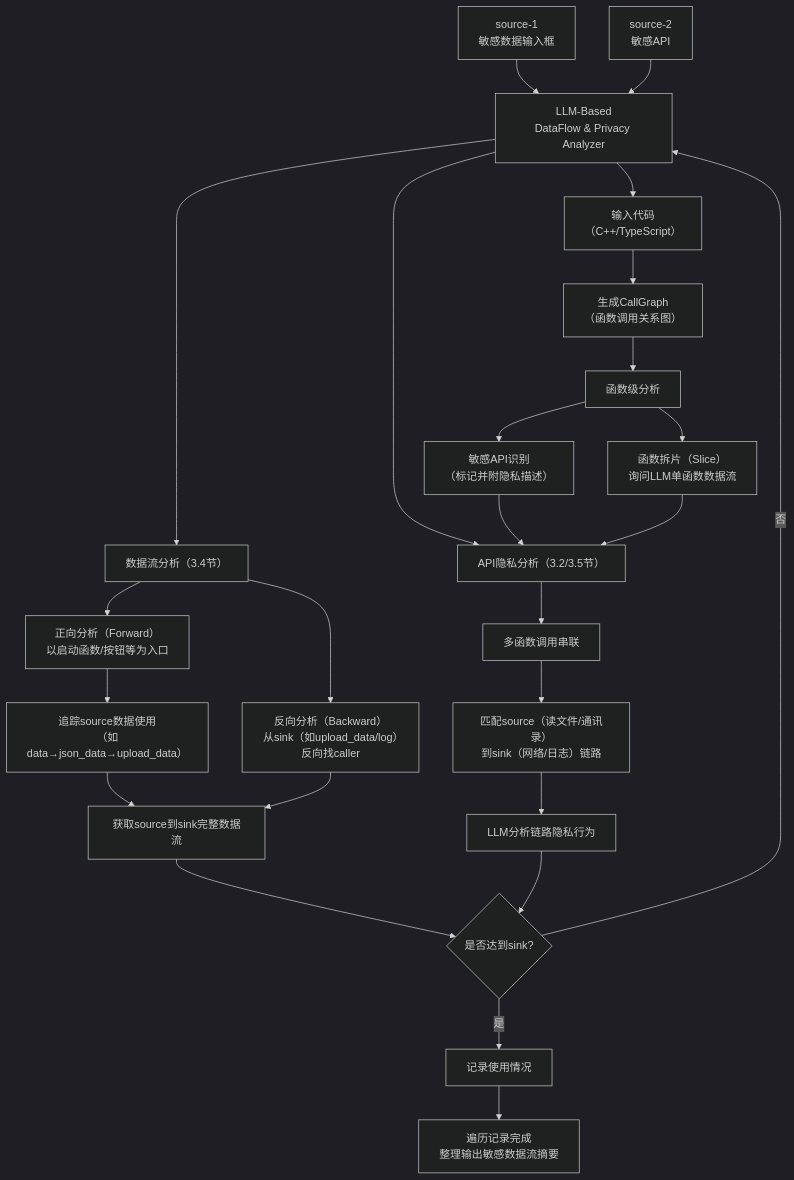
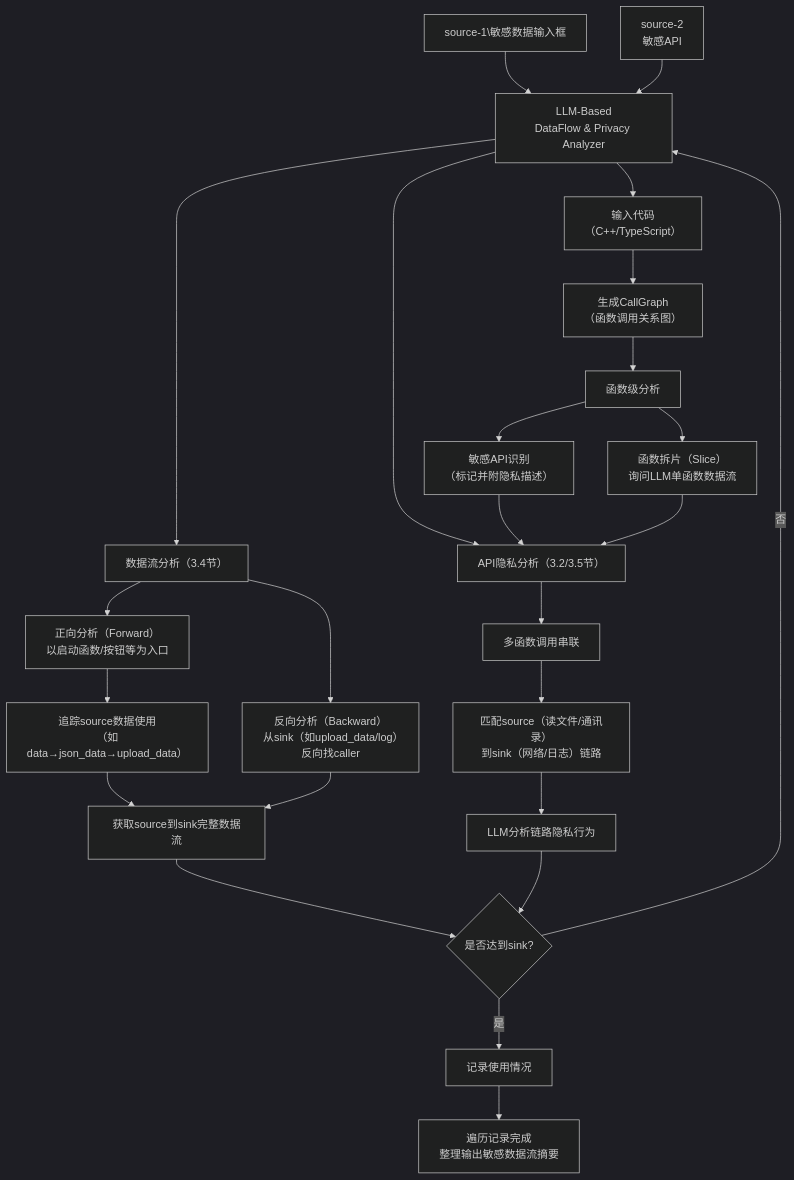
One commit to WriteStone/iodraw-files changed the diagram in all/未命名.md. Above: the diagram before and after it, drawn with Mermaid (dark theme).

Commit message:
2025-09-08 20:34:38 update

````diff
--- a/all/未命名.md
+++ b/all/未命名.md
@@ -1,33 +1,33 @@
 ```mermaid
 flowchart TD
     %% 左侧数据源
-    A[source-1\n敏感数据输入框\n] --> B[LLM-Based\nDataFlow & Privacy Analyzer]
+    A[source-1\敏感数据输入框\n] --> B[LLM-Based\nDataFlow & Privacy Analyzer]
     C[source-2\n敏感API\n] --> B
     
     %% 分析器核心处理
     B --> D[输入代码\n（C++/TypeScript）]
     D --> E[生成CallGraph\n（函数调用关系图）]
     E --> F[函数级分析]
     F --> G1[敏感API识别\n（标记并附隐私描述）]
     F --> G2[函数拆片（Slice）\n询问LLM单函数数据流]
     
     %% 数据流分析分支（3.4节）
     B --> H[数据流分析（3.4节）]
     H --> H1[正向分析（Forward）\n以启动函数/按钮等为入口]
     H1 --> H2[追踪source数据使用\n（如data→json_data→upload_data）]
     H --> H3[反向分析（Backward）\n从sink（如upload_data/log）反向找caller]
     H2 & H3 --> H4[获取source到sink完整数据流]
     
     %% 隐私分析分支（3.2/3.5节）
     B --> I[API隐私分析（3.2/3.5节）]
     G1 & G2 --> I
     I --> I1[多函数调用串联]
     I1 --> I2[匹配source（读文件/通讯录）\n到sink（网络/日志）链路]
     I2 --> I3[LLM分析链路隐私行为]
     
     %% 决策与输出
     H4 & I3 --> J{是否达到sink?}
     J -- 否 --> B[LLM-Based\nDataFlow & Privacy Analyzer]
     J -- 是 --> K[记录使用情况]
     K --> L[遍历记录完成\n整理输出敏感数据流摘要]
 ```
````
